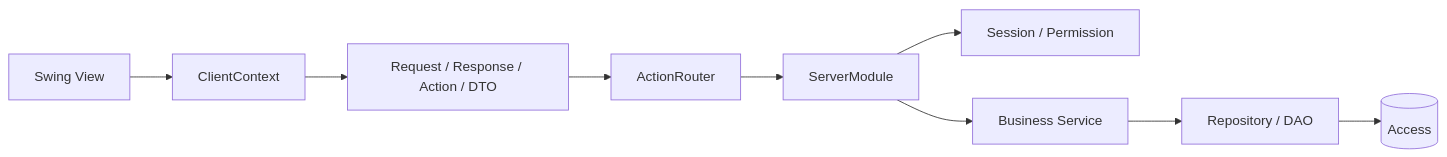
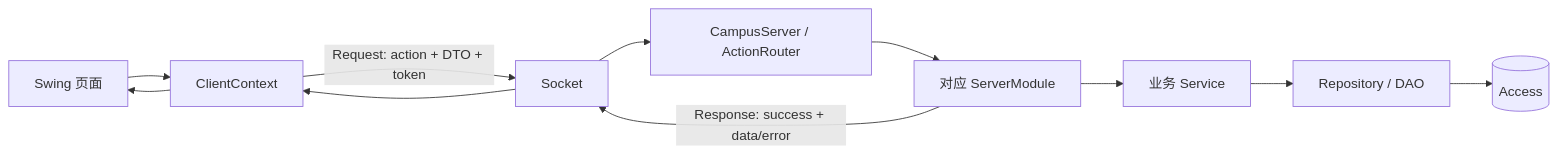
One commit to qlaxyy/JAVA-Campus-software changed the first of 2 diagrams in docs/design/SYSTEM_DESIGN.md. Above: the diagram before and after it, drawn with Mermaid. The commit also changed other lines of this file and 60 other files, not shown here.

````diff
--- a/docs/design/SYSTEM_DESIGN.md
+++ b/docs/design/SYSTEM_DESIGN.md
@@ -515,11 +16,13 @@
 ```mermaid
 flowchart LR
-    UI[Swing View] --> CC[ClientContext]
-    CC --> Contract[Request / Response / Action / DTO]
-    Contract --> Router[ActionRouter]
-    Router --> SM[ServerModule]
-    SM --> Auth[Session / Permission]
-    SM --> Service[Business Service]
+    UI[Swing 页面] --> CC[ClientContext]
+    CC -->|Request: action + DTO + token| Socket[Socket]
+    Socket --> Server[CampusServer / ActionRouter]
+    Server --> Module[对应 ServerModule]
+    Module --> Service[业务 Service]
     Service --> Repo[Repository / DAO]
     Repo --> DB[(Access)]
+    Module -->|Response: success + data/error| Socket
+    Socket --> CC
+    CC --> UI
 ```
````
